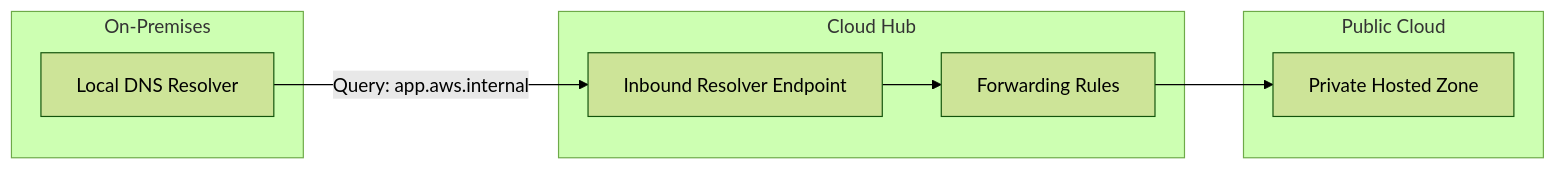
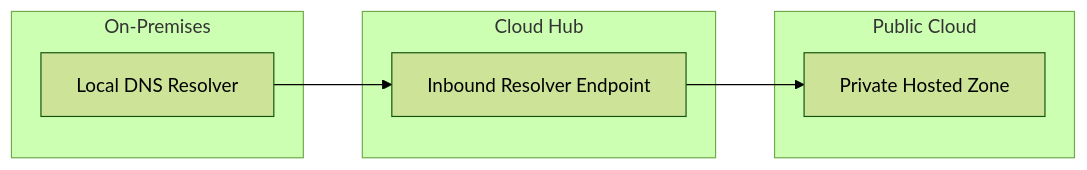
The second of 30 diagrams in README.md (Devopstrio/hybrid-dns-resolution), drawn with Mermaid (forest theme) before and after one commit. The commit also changed other lines of this file, not shown here.

Commit message:
docs: expand README with 30+ architectural diagrams

````diff
--- a/README.md
+++ b/README.md
@@ -93,17 +47,13 @@
 ```mermaid
 graph LR
     subgraph "On-Premises"
         Local[Local DNS Resolver]
     end
     subgraph "Cloud Hub"
         EP[Inbound Resolver Endpoint]
-        Rule[Forwarding Rules]
     end
     subgraph "Public Cloud"
         PVT[Private Hosted Zone]
     end
-    
-    Local -- "Query: app.aws.internal" --> EP
-    EP --> Rule
-    Rule --> PVT
+    Local --> EP --> PVT
 ```
````
